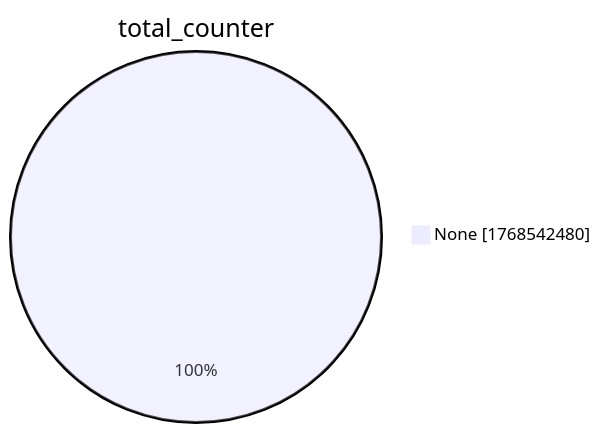
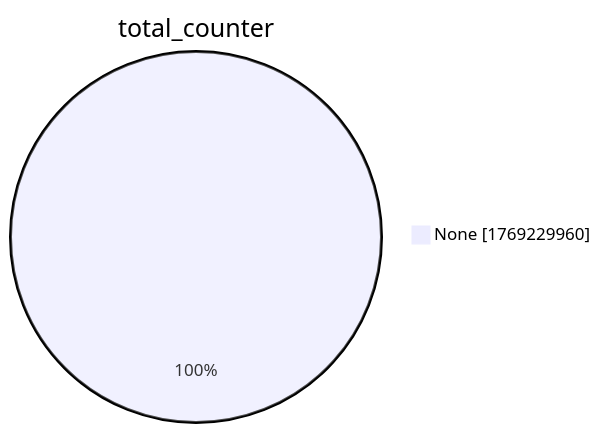
The second of 15 diagrams in xenon2022/README.md (christiankrug/ctmonitor_visualization), drawn with Mermaid before and after one commit. The commit also changed other lines of this file, not shown here.

````diff
--- a/xenon2022/README.md
+++ b/xenon2022/README.md
@@ -9,5 +9,5 @@
 ```mermaid
 pie showData
 title total_counter
-"None" :1768542480
+"None" :1769229960
 ```
````
